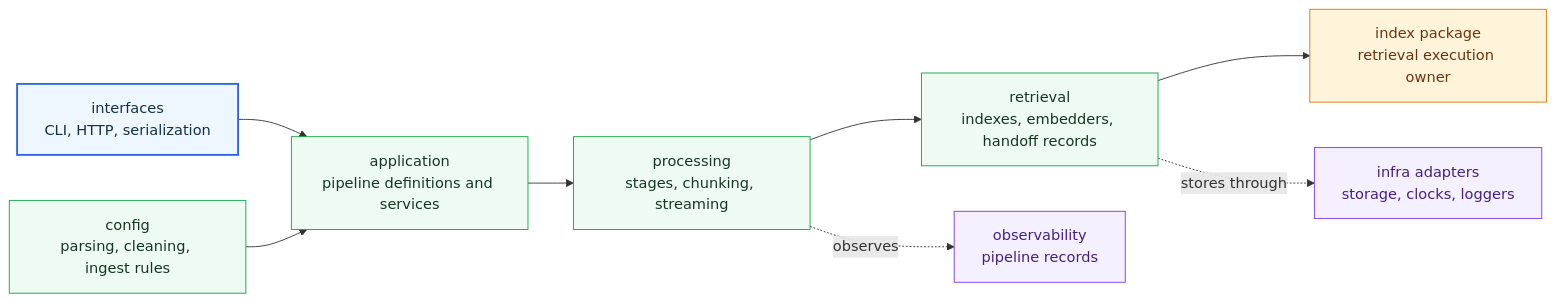
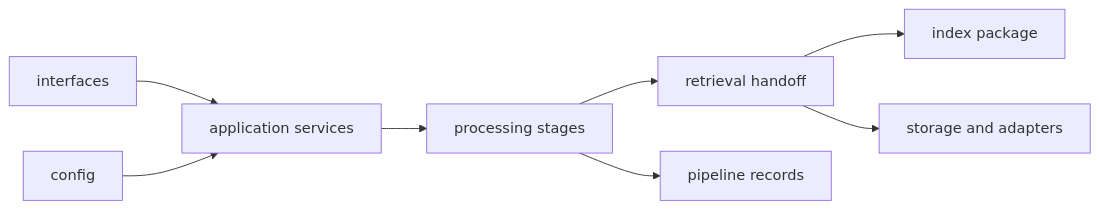
Before and after one commit to bijux/bijux-canon: the diagram in docs/02-bijux-canon-ingest/architecture/index.md, drawn with Mermaid. The commit also changed other lines of this file, not shown here.

Commit message:
docs(ingest): simplify architecture handoff map

````diff
--- a/docs/02-bijux-canon-ingest/architecture/index.md
+++ b/docs/02-bijux-canon-ingest/architecture/index.md
@@ -22,24 +22,17 @@
 ```mermaid
 flowchart LR
-    cli["interfaces<br/>CLI, HTTP, serialization"]
-    app["application<br/>pipeline definitions and services"]
-    config["config<br/>parsing, cleaning, ingest rules"]
-    processing["processing<br/>stages, chunking, streaming"]
-    retrieval["retrieval<br/>indexes, embedders, handoff records"]
-    downstream["index package<br/>retrieval execution owner"]
+    interfaces["interfaces"]
+    application["application services"]
+    config["config"]
+    processing["processing stages"]
+    retrieval["retrieval handoff"]
+    observability["pipeline records"]
+    infra["storage and adapters"]
+    downstream["index package"]
 
-    cli --> app
-    config --> app
-    app --> processing --> retrieval --> downstream
-    processing -. observes .-> obs["observability<br/>pipeline records"]
-    retrieval -. stores through .-> infra["infra adapters<br/>storage, clocks, loggers"]
-
-    classDef page fill:#eef6ff,stroke:#2563eb,color:#153145,stroke-width:2px;
-    classDef positive fill:#eefbf3,stroke:#16a34a,color:#173622;
-    classDef anchor fill:#f4f0ff,stroke:#7c3aed,color:#47207f;
-    classDef action fill:#fff4da,stroke:#d97706,color:#6b3410;
-    class cli page;
-    class app,config,processing,retrieval positive;
-    class obs,infra anchor;
-    class downstream action;
+    interfaces --> application
+    config --> application
+    application --> processing --> retrieval --> downstream
+    processing --> observability
+    retrieval --> infra
 ```
````
